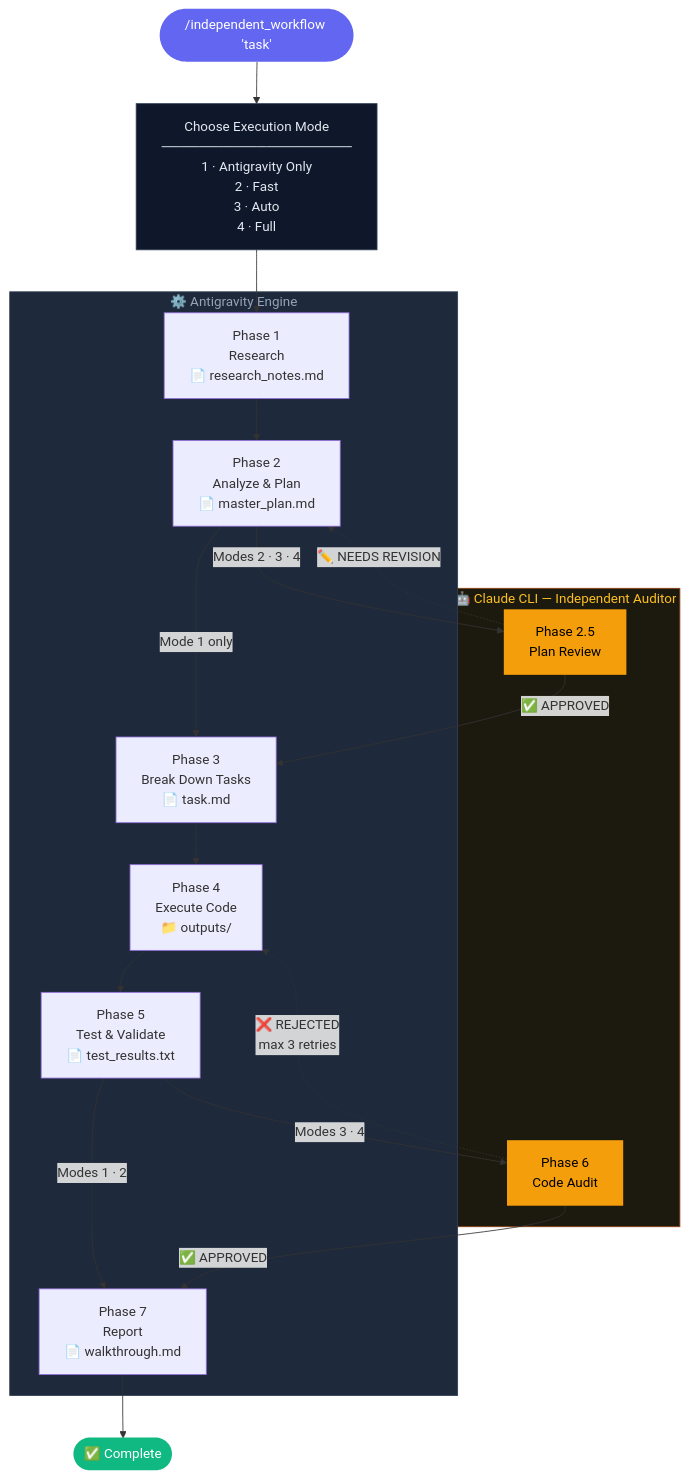
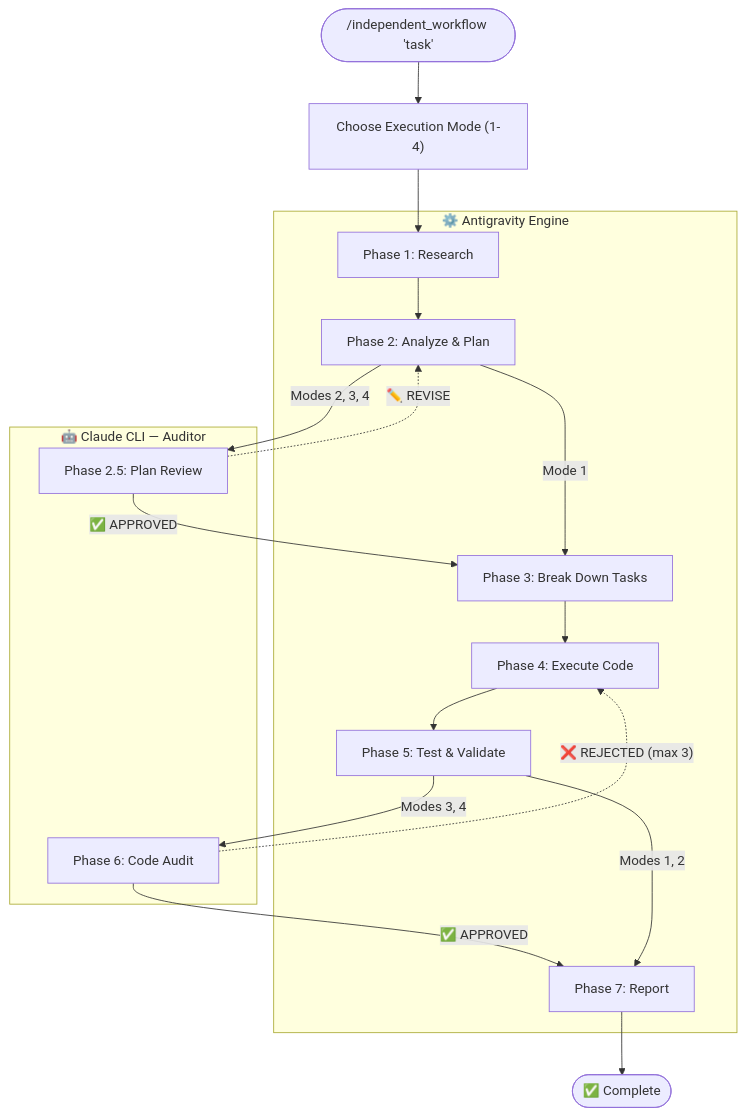
The diagram in README.md (kulkul22/IndependentAIWorkflow), drawn with Mermaid before and after one commit.

Commit message:
fix: simplify Mermaid diagram for GitHub compatibility

````diff
--- a/README.md
+++ b/README.md
@@ -76,47 +76,35 @@
 ```mermaid
 flowchart TD
-    Start(["/independent_workflow 'task'"]):::input --> Mode
+    Start(["/independent_workflow 'task'"]) --> Mode["Choose Execution Mode (1-4)"]
 
-    Mode["Choose Execution Mode\n────────────────────\n1 · Antigravity Only\n2 · Fast\n3 · Auto\n4 · Full"]:::decision
-
-    subgraph ANTIGRAVITY["  ⚙️  Antigravity Engine  "]
-        P1["Phase 1\nResearch\n📄 research_notes.md"]
-        P2["Phase 2\nAnalyze & Plan\n📄 master_plan.md"]
-        P3["Phase 3\nBreak Down Tasks\n📄 task.md"]
-        P4["Phase 4\nExecute Code\n📁 outputs/"]
-        P5["Phase 5\nTest & Validate\n📄 test_results.txt"]
-        P7["Phase 7\nReport\n📄 walkthrough.md"]
+    subgraph ANTIGRAVITY ["⚙️ Antigravity Engine"]
+        P1["Phase 1: Research"]
+        P2["Phase 2: Analyze & Plan"]
+        P3["Phase 3: Break Down Tasks"]
+        P4["Phase 4: Execute Code"]
+        P5["Phase 5: Test & Validate"]
+        P7["Phase 7: Report"]
     end
 
-    subgraph CLAUDE["  🤖  Claude CLI — Independent Auditor  "]
-        P25["Phase 2.5\nPlan Review"]
-        P6["Phase 6\nCode Audit"]
+    subgraph CLAUDE ["🤖 Claude CLI — Auditor"]
+        P25["Phase 2.5: Plan Review"]
+        P6["Phase 6: Code Audit"]
     end
 
     Mode --> P1 --> P2
 
-    P2 -->|"Modes 2 · 3 · 4"| P25
+    P2 -->|"Modes 2, 3, 4"| P25
     P25 -->|"✅ APPROVED"| P3
-    P25 -.->|"✏️ NEEDS REVISION"| P2
+    P25 -.->|"✏️ REVISE"| P2
 
-    P2 -->|"Mode 1 only"| P3
+    P2 -->|"Mode 1"| P3
     P3 --> P4 --> P5
 
-    P5 -->|"Modes 3 · 4"| P6
-    P5 -->|"Modes 1 · 2"| P7
+    P5 -->|"Modes 3, 4"| P6
+    P6 -->|"✅ APPROVED"| P7
+    P6 -.->|"❌ REJECTED (max 3)"| P4
 
-    P6 -->|"✅ APPROVED"| P7
-    P6 -.->|"❌ REJECTED\nmax 3 retries"| P4
+    P5 -->|"Modes 1, 2"| P7
 
-    P7 --> Done(["✅ Complete"]):::done
-
-    classDef input    fill:#6366f1,color:#fff,stroke:none
-    classDef decision fill:#0f172a,color:#e2e8f0,stroke:#334155
-    classDef done     fill:#10b981,color:#fff,stroke:none
-
-    style ANTIGRAVITY fill:#1e293b,color:#94a3b8,stroke:#334155
-    style CLAUDE      fill:#1c1a0f,color:#fbbf24,stroke:#92400e
-
-    style P25 fill:#f59e0b,color:#000,stroke:none
-    style P6  fill:#f59e0b,color:#000,stroke:none
+    P7 --> Done(["✅ Complete"])
 ```
````
